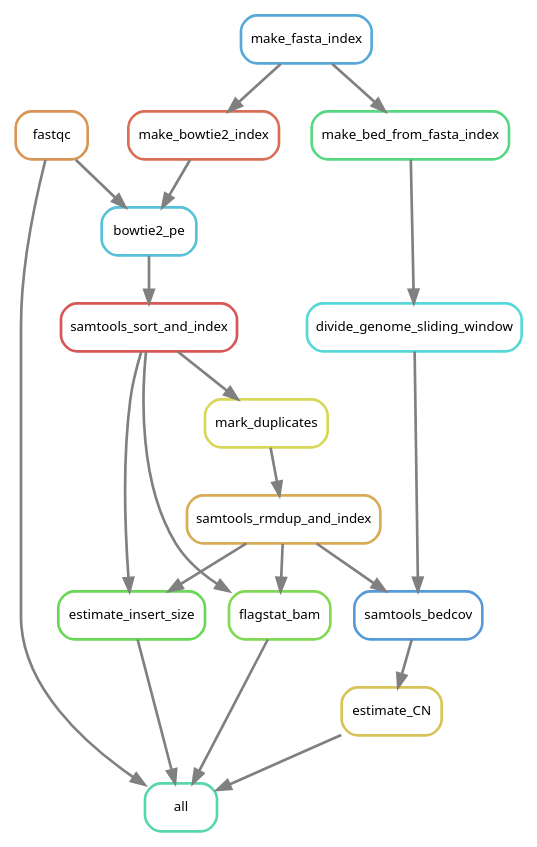
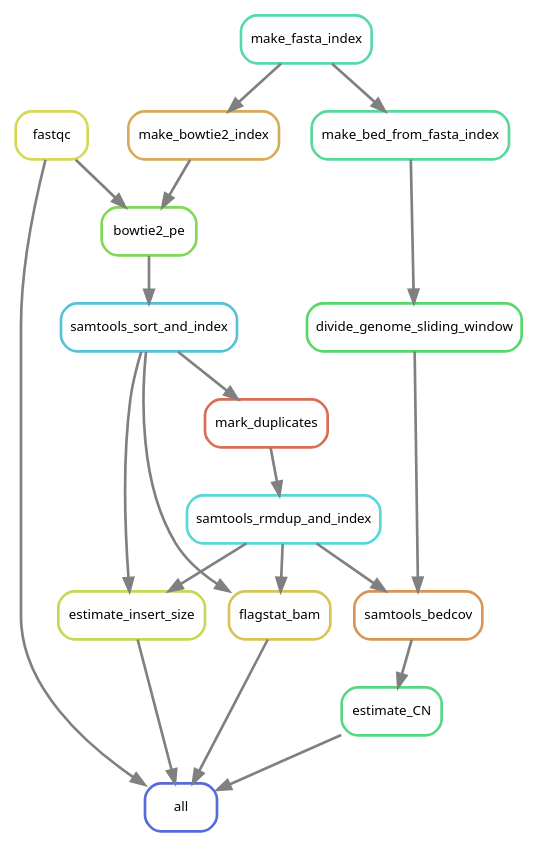
One commit to mevers/WGS_CN changed the diagram in snakemake/rulegraph.dot. Above: the diagram before and after it, drawn with Graphviz. The commit also changed 5 other files, not shown here.

```diff
--- a/snakemake/rulegraph.dot
+++ b/snakemake/rulegraph.dot
@@ -1,38 +1,38 @@
 digraph snakemake_dag {
     graph[bgcolor=white, margin=0];
     node[shape=box, style=rounded, fontname=sans,                 fontsize=10, penwidth=2];
     edge[penwidth=2, color=grey];
-	0[label = "all", color = "0.44 0.6 0.85", style="rounded"];
-	1[label = "samtools_sort_and_index", color = "0.00 0.6 0.85", style="rounded"];
-	2[label = "fastqc", color = "0.08 0.6 0.85", style="rounded"];
-	3[label = "samtools_rmdup_and_index", color = "0.11 0.6 0.85", style="rounded"];
-	4[label = "bowtie2_pe", color = "0.53 0.6 0.85", style="rounded"];
-	5[label = "samtools_bedcov", color = "0.58 0.6 0.85", style="rounded"];
-	6[label = "divide_genome_sliding_window", color = "0.50 0.6 0.85", style="rounded"];
-	7[label = "make_fasta_index", color = "0.56 0.6 0.85", style="rounded"];
-	8[label = "estimate_CN", color = "0.14 0.6 0.85", style="rounded"];
-	9[label = "flagstat_bam", color = "0.28 0.6 0.85", style="rounded"];
-	10[label = "make_bowtie2_index", color = "0.03 0.6 0.85", style="rounded"];
-	11[label = "make_bed_from_fasta_index", color = "0.39 0.6 0.85", style="rounded"];
-	12[label = "estimate_insert_size", color = "0.31 0.6 0.85", style="rounded"];
-	13[label = "mark_duplicates", color = "0.17 0.6 0.85", style="rounded"];
-	12 -> 0
-	8 -> 0
-	9 -> 0
-	2 -> 0
-	4 -> 1
-	13 -> 3
-	10 -> 4
-	2 -> 4
-	3 -> 5
-	6 -> 5
-	11 -> 6
-	5 -> 8
-	1 -> 9
-	3 -> 9
-	7 -> 10
-	7 -> 11
+	0[label = "estimate_insert_size", color = "0.19 0.6 0.85", style="rounded"];
+	1[label = "samtools_rmdup_and_index", color = "0.50 0.6 0.85", style="rounded"];
+	2[label = "mark_duplicates", color = "0.03 0.6 0.85", style="rounded"];
+	3[label = "make_bed_from_fasta_index", color = "0.42 0.6 0.85", style="rounded"];
+	4[label = "bowtie2_pe", color = "0.28 0.6 0.85", style="rounded"];
+	5[label = "samtools_sort_and_index", color = "0.53 0.6 0.85", style="rounded"];
+	6[label = "make_fasta_index", color = "0.44 0.6 0.85", style="rounded"];
+	7[label = "fastqc", color = "0.17 0.6 0.85", style="rounded"];
+	8[label = "divide_genome_sliding_window", color = "0.36 0.6 0.85", style="rounded"];
+	9[label = "estimate_CN", color = "0.39 0.6 0.85", style="rounded"];
+	10[label = "samtools_bedcov", color = "0.08 0.6 0.85", style="rounded"];
+	11[label = "make_bowtie2_index", color = "0.11 0.6 0.85", style="rounded"];
+	12[label = "flagstat_bam", color = "0.14 0.6 0.85", style="rounded"];
+	13[label = "all", color = "0.64 0.6 0.85", style="rounded"];
+	1 -> 0
+	5 -> 0
+	2 -> 1
+	5 -> 2
+	6 -> 3
+	11 -> 4
+	7 -> 4
+	4 -> 5
+	3 -> 8
+	10 -> 9
+	1 -> 10
+	8 -> 10
+	6 -> 11
 	1 -> 12
-	3 -> 12
-	1 -> 13
+	5 -> 12
+	12 -> 13
+	0 -> 13
+	9 -> 13
+	7 -> 13
 }            
```
